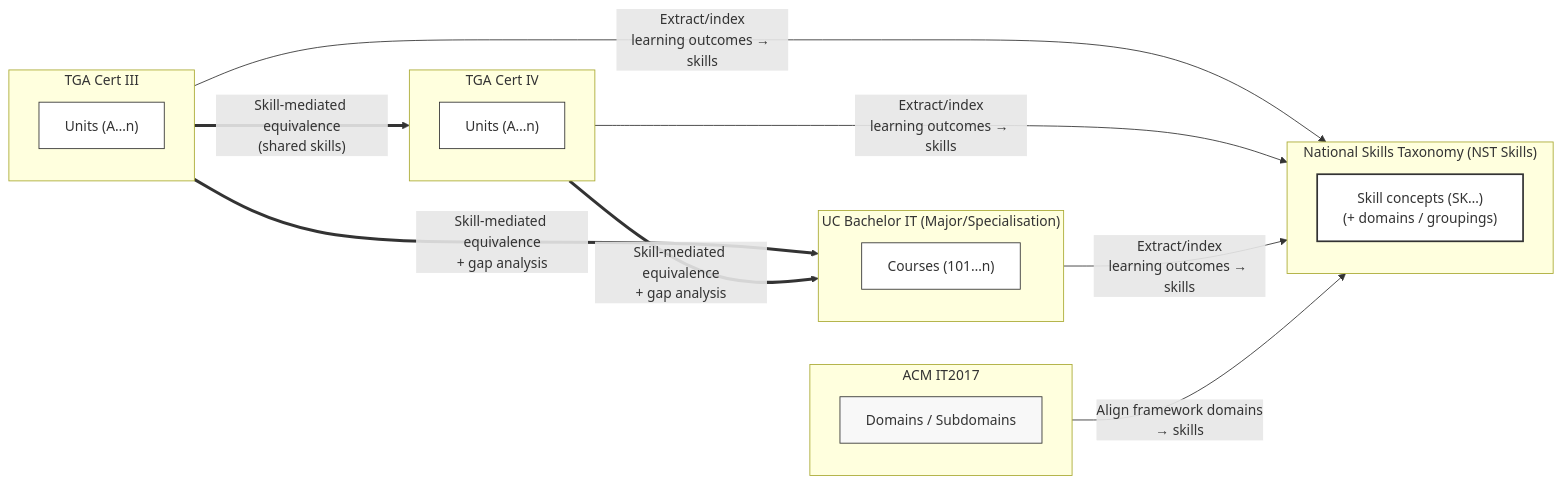
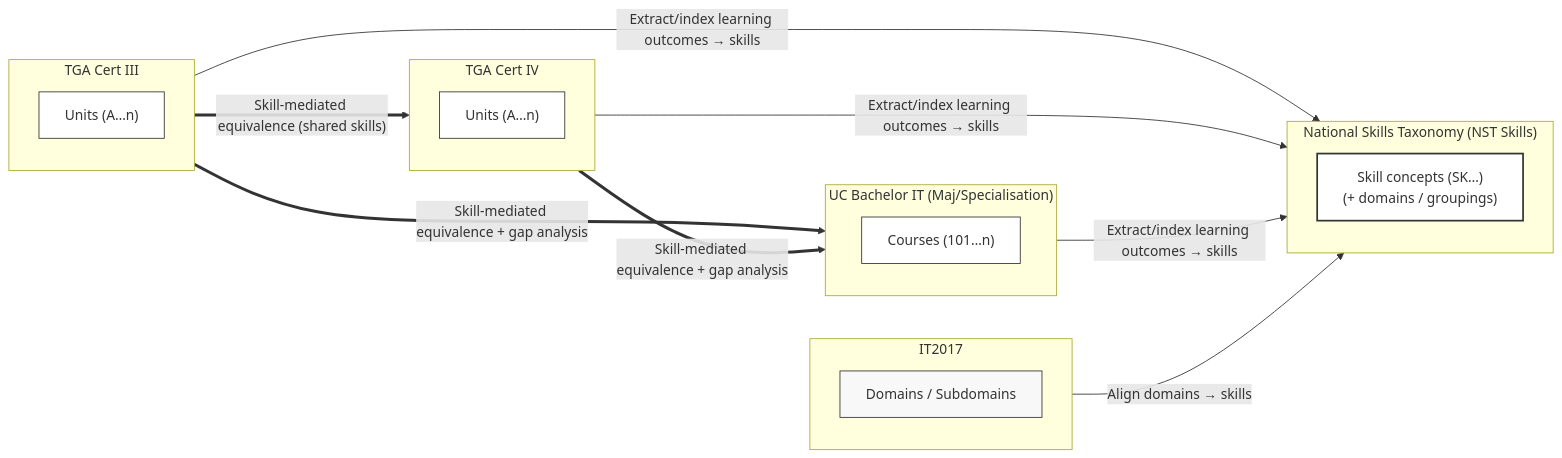
Before and after one commit to leskneebone/skills-SPARQL: the third of 3 diagrams in reports/creditTransferModels.md, drawn with Mermaid. The commit also changed other lines of this file, not shown here.

````diff
--- a/reports/creditTransferModels.md
+++ b/reports/creditTransferModels.md
@@ -67,38 +64,38 @@
 ```mermaid
 flowchart LR
   %% Diagram 3 — NST Skills as the bridge (indexes VET + HE + IT2017)
   subgraph CertIII["TGA Cert III"]
     C3["Units (A…n)"]:::unit
   end
 
   subgraph CertIV["TGA Cert IV"]
     C4["Units (A…n)"]:::unit
   end
 
-  subgraph UCBIT["UC Bachelor IT (Major/Specialisation)"]
+  subgraph UCBIT["UC Bachelor IT (Maj/Specialisation)"]
     UC["Courses (101…n)"]:::unit
   end
 
-  subgraph IT2017["ACM IT2017"]
+  subgraph IT2017["IT2017"]
     KA["Domains / Subdomains"]:::scheme
   end
 
   subgraph NST["National Skills Taxonomy (NST Skills)"]
     Skills["Skill concepts (SK…)\n(+ domains / groupings)"]:::hero
   end
 
   %% NST indexes everything
-  CertIII -->|"Extract/index\nlearning outcomes → skills"| NST
-  CertIV  -->|"Extract/index\nlearning outcomes → skills"| NST
-  UCBIT  -->|"Extract/index\nlearning outcomes → skills"| NST
-  IT2017 -->|"Align framework domains\n→ skills"| NST
+  CertIII -->|"Extract/index learning outcomes → skills"| NST
+  CertIV  -->|"Extract/index learning outcomes → skills"| NST
+  UCBIT  -->|"Extract/index learning outcomes → skills"| NST
+  IT2017 -->|"Align domains → skills"| NST
 
-  %% Then credit transfer becomes skill-mediated
-  CertIII == "Skill-mediated equivalence\n+ gap analysis" ==> UCBIT
-  CertIV  == "Skill-mediated equivalence\n+ gap analysis" ==> UCBIT
-  CertIII == "Skill-mediated equivalence\n(shared skills)" ==> CertIV
+  %% Credit transfer becomes skill-mediated
+  CertIII == "Skill-mediated equivalence + gap analysis" ==> UCBIT
+  CertIV  == "Skill-mediated equivalence + gap analysis" ==> UCBIT
+  CertIII == "Skill-mediated equivalence (shared skills)" ==> CertIV
 
   classDef unit fill:#fff,stroke:#333,stroke-width:1px;
   classDef scheme fill:#f8f8f8,stroke:#333,stroke-width:1px;
   classDef hero fill:#fff,stroke:#333,stroke-width:2px;
 ```
````
